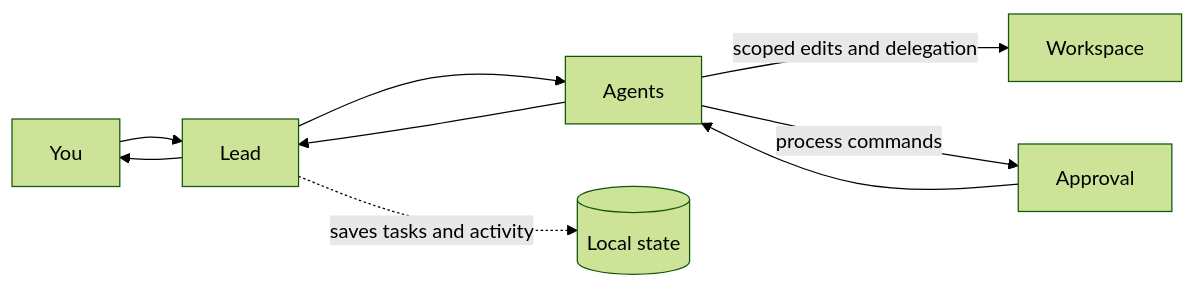
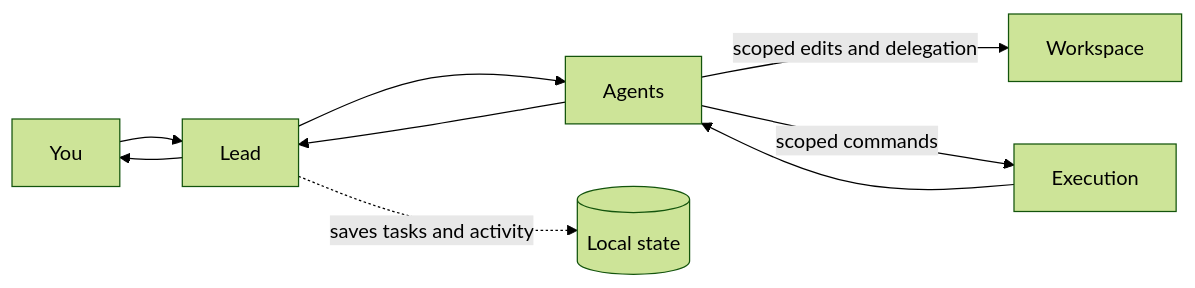
The diagram in README.md (orhun/voff), drawn with Mermaid (forest theme) before and after one commit. The commit also changed other lines of this file and 6 other files, not shown here.

````diff
--- a/README.md
+++ b/README.md
@@ -69,9 +69,9 @@
 ```mermaid
 flowchart LR
     You --> Lead --> Agents
     Agents -->|scoped edits and delegation| Workspace
-    Agents -->|process commands| Approval
-    Approval --> Agents
+    Agents -->|scoped commands| Execution
+    Execution --> Agents
     Agents --> Lead --> You
     Lead -. saves tasks and activity .-> State[(Local state)]
 ```
````
